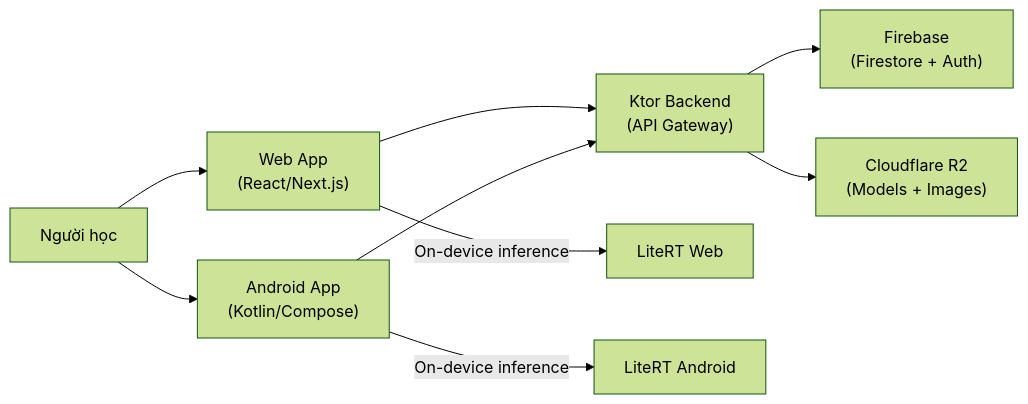
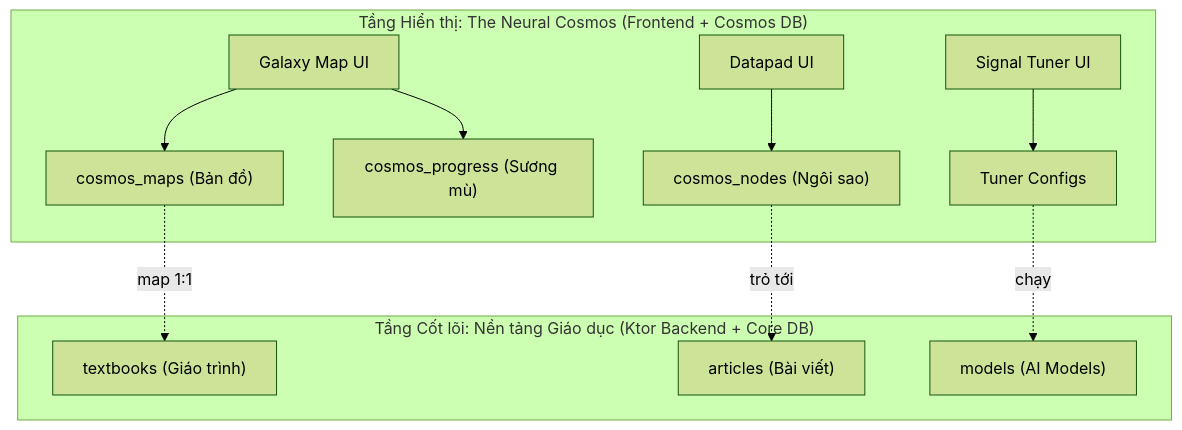
The diagram in docs/requirements/prd.md (iAmHieu2012/Sequoia), drawn with Mermaid (forest theme) before and after one commit. The commit also changed other lines of this file and 14 other files, not shown here.

First line of the commit message:
feat: overhaul architecture to Sci-Fi Cosmos theme and implement backend models

````diff
--- a/docs/requirements/prd.md
+++ b/docs/requirements/prd.md
@@ -24,11 +20,15 @@
 ```mermaid
-graph LR
-    A["Người học"] --> B["Web App<br/>(React/Next.js)"]
-    A --> C["Android App<br/>(Kotlin/Compose)"]
-    B --> D["Ktor Backend<br/>(API Gateway)"]
-    C --> D
-    D --> E["Firebase<br/>(Firestore + Auth)"]
-    D --> F["Cloudflare R2<br/>(Models + Images)"]
-    B -- "On-device inference" --> G["LiteRT Web"]
-    C -- "On-device inference" --> H["LiteRT Android"]
+graph TD
+    subgraph "Tầng Hiển thị: The Neural Cosmos (Frontend + Cosmos DB)"
+        A["Galaxy Map UI"] --> B["cosmos_maps (Bản đồ)"]
+        A --> C["cosmos_progress (Sương mù)"]
+        D["Datapad UI"] --> E["cosmos_nodes (Ngôi sao)"]
+        F["Signal Tuner UI"] --> G["Tuner Configs"]
+    end
+
+    subgraph "Tầng Cốt lõi: Nền tảng Giáo dục (Ktor Backend + Core DB)"
+        B -. "map 1:1" .-> H["textbooks (Giáo trình)"]
+        E -. "trỏ tới" .-> I["articles (Bài viết)"]
+        G -. "chạy" .-> J["models (AI Models)"]
+    end
 ```
````
